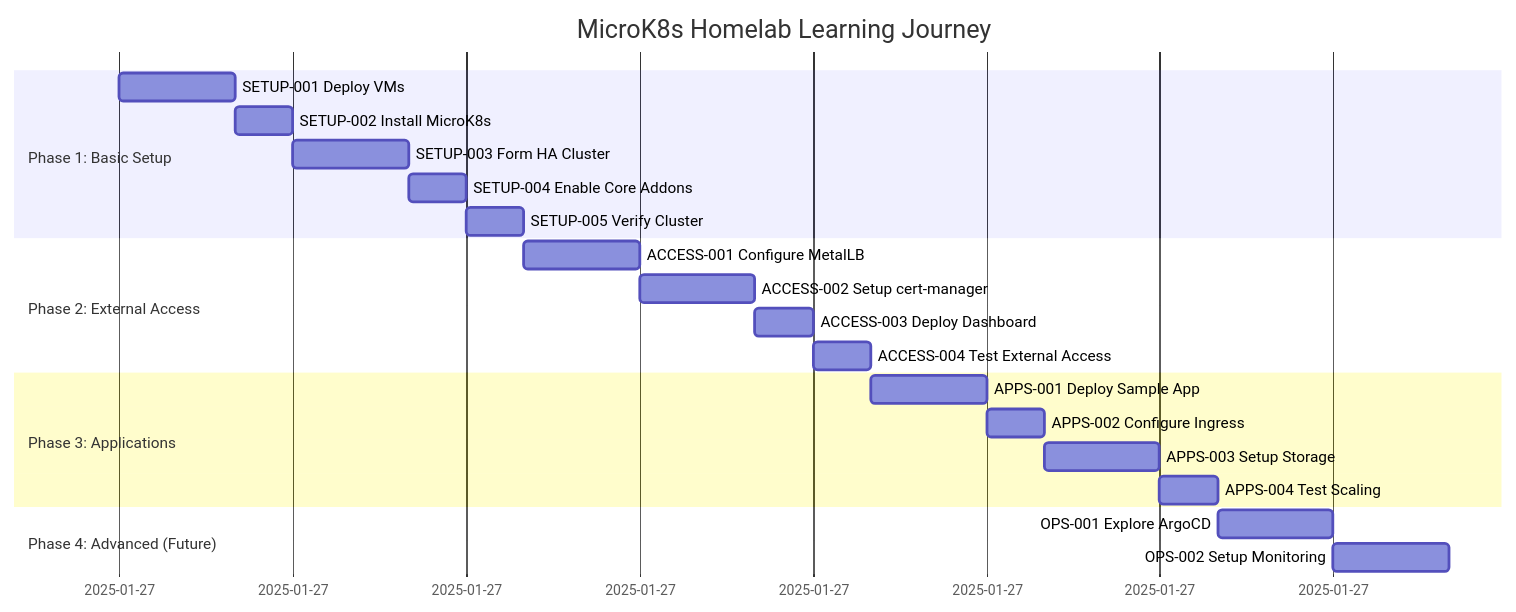
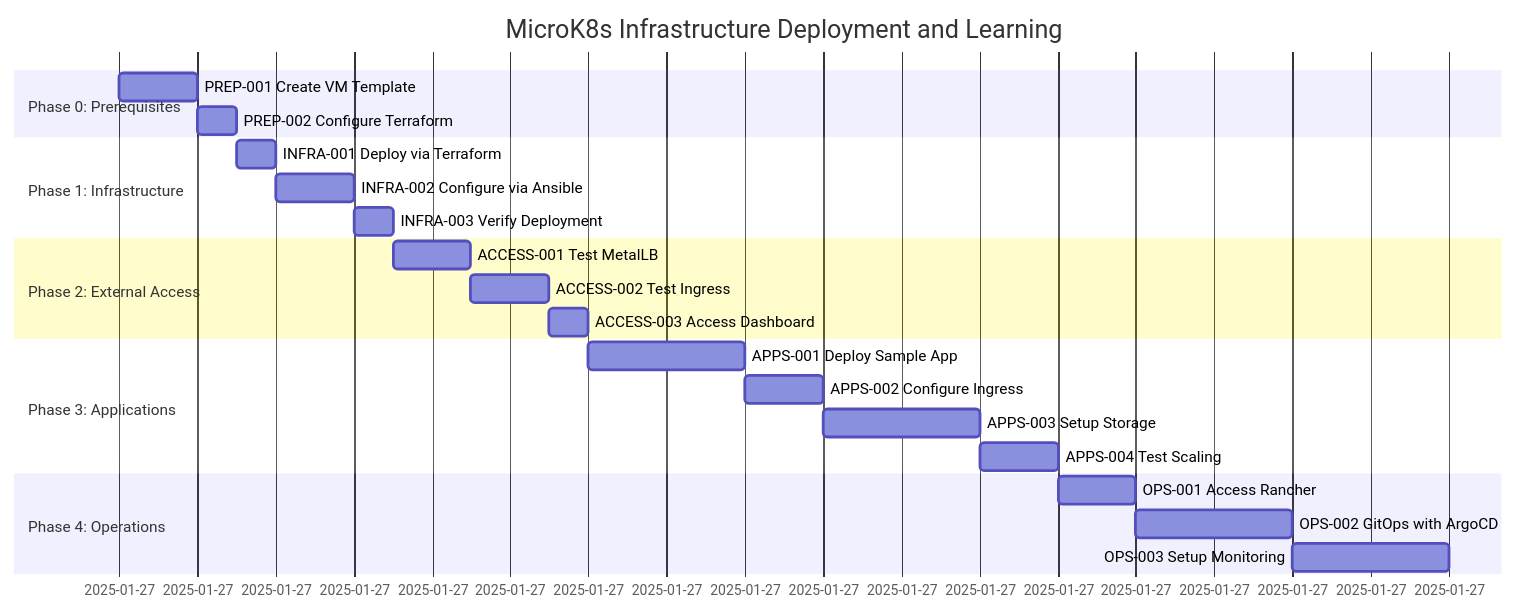
Before and after one commit to basher83/Supernova-MicroK8s-Infra: the second of 2 diagrams in tasks/INDEX.md, drawn with Mermaid. The commit also changed other lines of this file and 4 other files, not shown here.

````diff
--- a/tasks/INDEX.md
+++ b/tasks/INDEX.md
@@ -134,24 +139,25 @@
 ```mermaid
 gantt
-    title MicroK8s Homelab Learning Journey
+    title MicroK8s Infrastructure Deployment and Learning
     dateFormat YYYY-MM-DD
-    section Phase 1: Basic Setup
-    SETUP-001 Deploy VMs :s1, 2025-01-27, 2h
-    SETUP-002 Install MicroK8s :s2, after s1, 1h
-    SETUP-003 Form HA Cluster :s3, after s2, 2h
-    SETUP-004 Enable Core Addons :s4, after s3, 1h
-    SETUP-005 Verify Cluster :s5, after s4, 1h
+    section Phase 0: Prerequisites
+    PREP-001 Create VM Template :prep1, 2025-01-27, 1h
+    PREP-002 Configure Terraform :prep2, after prep1, 30m
+    section Phase 1: Infrastructure
+    INFRA-001 Deploy via Terraform :infra1, after prep2, 30m
+    INFRA-002 Configure via Ansible :infra2, after infra1, 1h
+    INFRA-003 Verify Deployment :infra3, after infra2, 30m
     section Phase 2: External Access
-    ACCESS-001 Configure MetalLB :a1, after s5, 2h
-    ACCESS-002 Setup cert-manager :a2, after a1, 2h
-    ACCESS-003 Deploy Dashboard :a3, after a2, 1h
-    ACCESS-004 Test External Access :a4, after a3, 1h
+    ACCESS-001 Test MetalLB :a1, after infra3, 1h
+    ACCESS-002 Test Ingress :a2, after a1, 1h
+    ACCESS-003 Access Dashboard :a3, after a2, 30m
     section Phase 3: Applications
-    APPS-001 Deploy Sample App :p1, after a4, 2h
-    APPS-002 Configure Ingress :p2, after p1, 1h
-    APPS-003 Setup Storage :p3, after p2, 2h
-    APPS-004 Test Scaling :p4, after p3, 1h
-    section Phase 4: Advanced (Future)
-    OPS-001 Explore ArgoCD :o1, after p4, 2h
-    OPS-002 Setup Monitoring :o2, after o1, 2h
+    APPS-001 Deploy Sample App :app1, after a3, 2h
+    APPS-002 Configure Ingress :app2, after app1, 1h
+    APPS-003 Setup Storage :app3, after app2, 2h
+    APPS-004 Test Scaling :app4, after app3, 1h
+    section Phase 4: Operations
+    OPS-001 Access Rancher :ops1, after app4, 1h
+    OPS-002 GitOps with ArgoCD :ops2, after ops1, 2h
+    OPS-003 Setup Monitoring :ops3, after ops2, 2h
 ```
````
